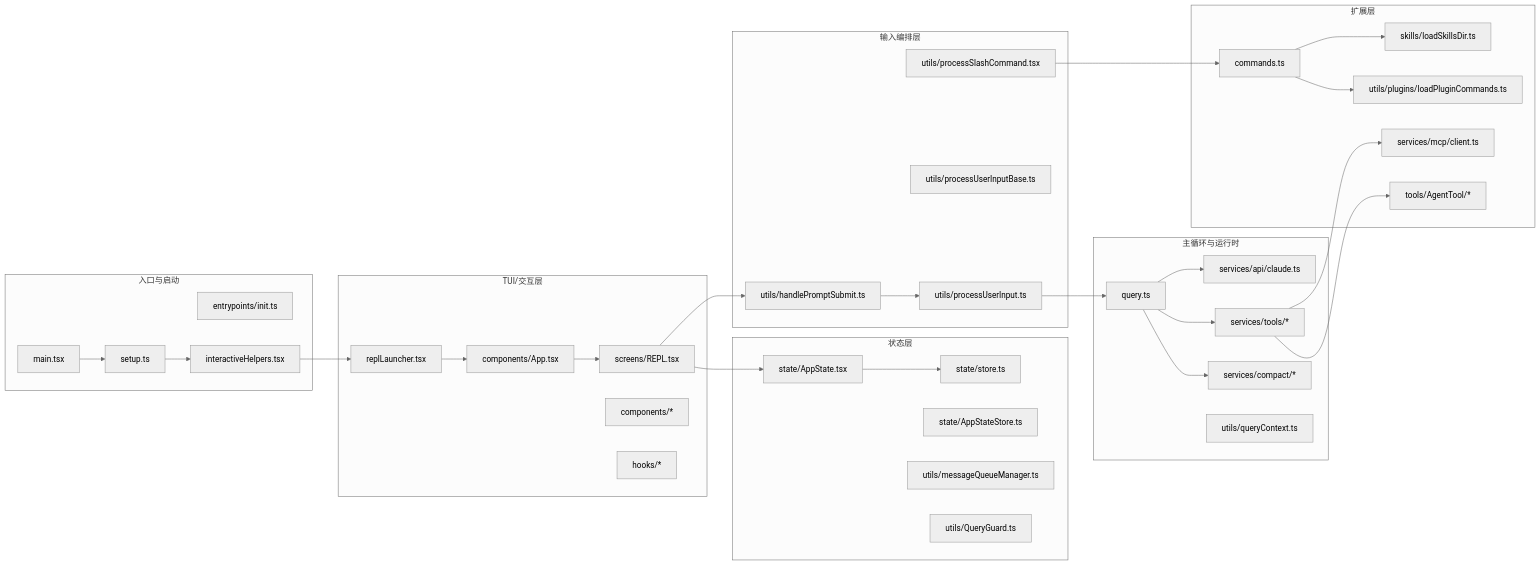
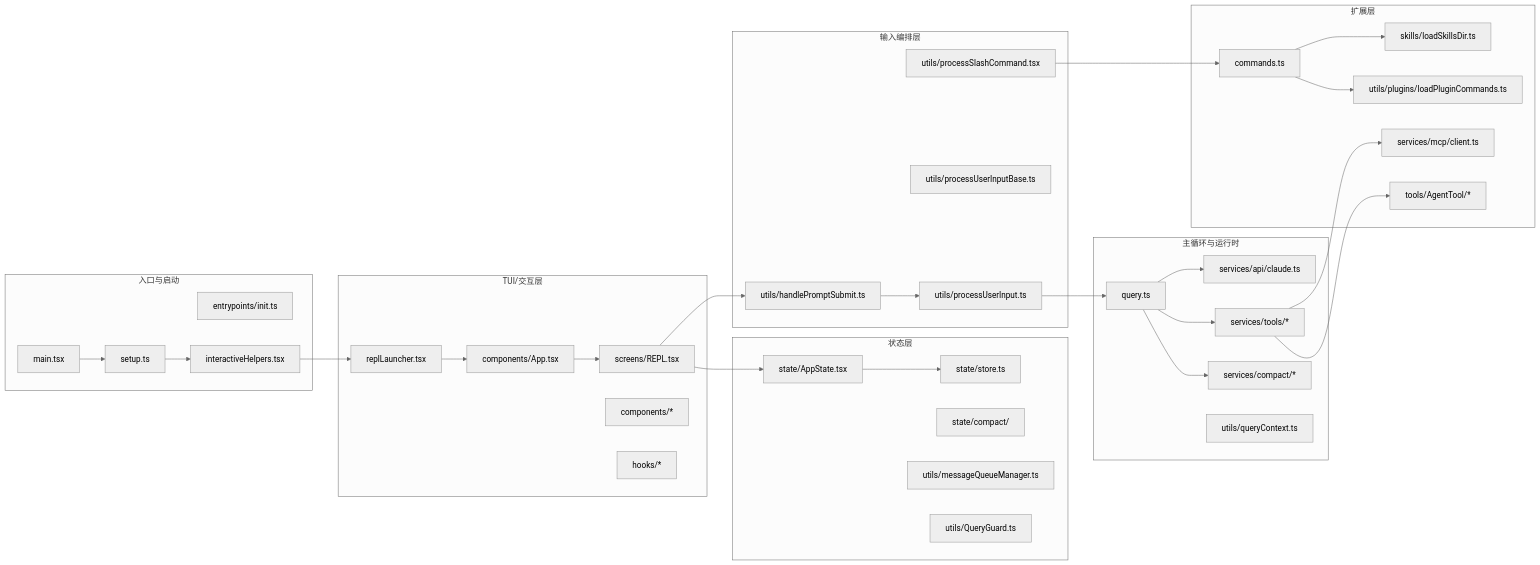
One commit to feuyeux/hello-olleh changed the diagram in hello-claude-code/01-architecture.md. Above: the diagram before and after it, drawn with Mermaid. The commit also changed other lines of this file and 27 other files, not shown here.

````diff
--- a/hello-claude-code/01-architecture.md
+++ b/hello-claude-code/01-architecture.md
@@ -39,62 +39,62 @@
 ```mermaid
 %%{init: {'theme': 'neutral'}}%%
 flowchart LR
     subgraph Entry[入口与启动]
         A1[main.tsx]
         A2[setup.ts]
         A3[entrypoints/init.ts]
         A4[interactiveHelpers.tsx]
     end
 
     subgraph UI[TUI/交互层]
         B1[replLauncher.tsx]
         B2[components/App.tsx]
         B3[screens/REPL.tsx]
         B4[components/*]
         B5[hooks/*]
     end
 
     subgraph State[状态层]
         C1[state/store.ts]
         C2[state/AppState.tsx]
-        C3[state/AppStateStore.ts]
+        C3[state/compact/]
         C4[utils/messageQueueManager.ts]
         C5[utils/QueryGuard.ts]
     end
 
     subgraph Input[输入编排层]
         D1[utils/handlePromptSubmit.ts]
         D2[utils/processUserInput.ts]
         D3[utils/processUserInputBase.ts]
         D4[utils/processSlashCommand.tsx]
     end
 
     subgraph Runtime[主循环与运行时]
         E1[query.ts]
         E2[services/api/claude.ts]
         E3[services/tools/*]
         E4[services/compact/*]
         E5[utils/queryContext.ts]
     end
 
     subgraph Ext[扩展层]
         F1[commands.ts]
         F2[skills/loadSkillsDir.ts]
         F3[utils/plugins/loadPluginCommands.ts]
         F4[services/mcp/client.ts]
         F5[tools/AgentTool/*]
     end
 
     A1 --> A2 --> A4 --> B1 --> B2 --> B3
     B3 --> D1 --> D2 --> E1
     B3 --> C2
     C2 --> C1
     D4 --> F1
     E1 --> E2
     E1 --> E3
     E1 --> E4
     E3 --> F4
     E3 --> F5
     F1 --> F2
     F1 --> F3
 ```
````
